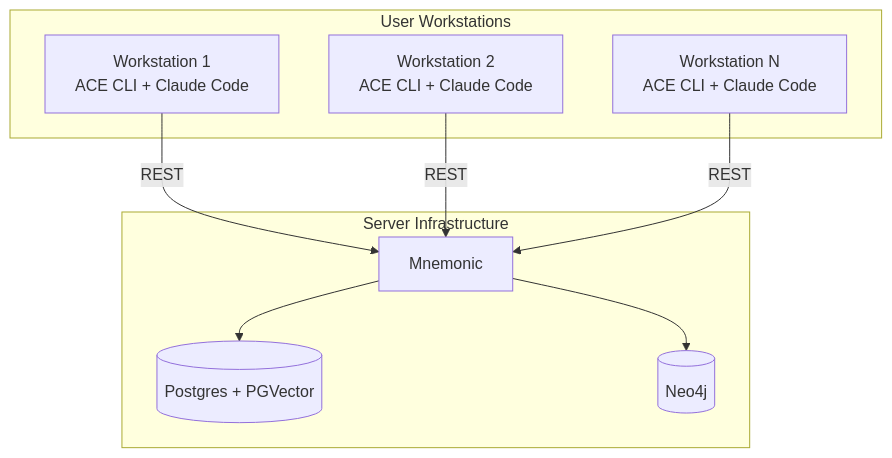
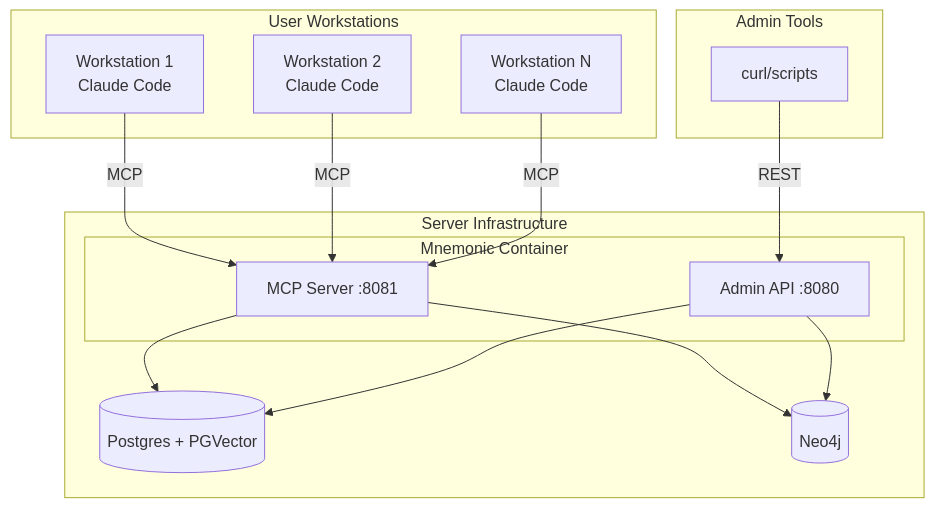
One commit to twistingmercury/mnemonic-mcp changed the first of 7 diagrams in docs/architecture/05-deployment-architecture.md. Above: the diagram before and after it, drawn with Mermaid. The commit also changed other lines of this file and 63 other files, not shown here.

````diff
--- a/docs/architecture/05-deployment-architecture.md
+++ b/docs/architecture/05-deployment-architecture.md
@@ -20,20 +19,30 @@
 ```mermaid
 graph TB
     subgraph "User Workstations"
-        WS1[Workstation 1<br/>ACE CLI + Claude Code]
-        WS2[Workstation 2<br/>ACE CLI + Claude Code]
-        WS3[Workstation N<br/>ACE CLI + Claude Code]
+        WS1[Workstation 1<br/>Claude Code]
+        WS2[Workstation 2<br/>Claude Code]
+        WS3[Workstation N<br/>Claude Code]
+    end
+
+    subgraph "Admin Tools"
+        ADMIN[curl/scripts]
     end
 
     subgraph "Server Infrastructure"
-        MN[Mnemonic]
+        subgraph "Mnemonic Container"
+            MCP[MCP Server :8081]
+            REST[Admin API :8080]
+        end
         PG[(Postgres + PGVector)]
         NEO[(Neo4j)]
     end
 
-    WS1 -->|"REST"| MN
-    WS2 -->|"REST"| MN
-    WS3 -->|"REST"| MN
-    MN --> PG
-    MN --> NEO
+    WS1 -->|"MCP"| MCP
+    WS2 -->|"MCP"| MCP
+    WS3 -->|"MCP"| MCP
+    ADMIN -->|"REST"| REST
+    MCP --> PG
+    MCP --> NEO
+    REST --> PG
+    REST --> NEO
 ```
````
